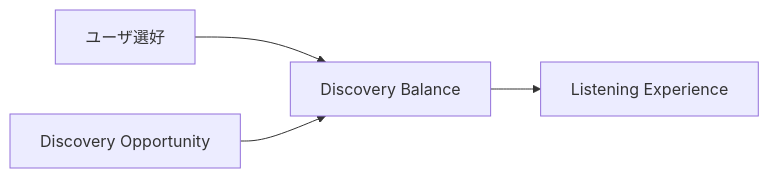
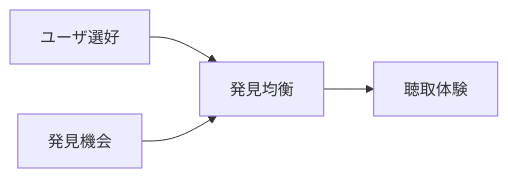
Before and after one commit to ShigeichiroYamasaki/creator-first-platform: the second of 35 diagrams in docs/whitepaper/08-discovery-community.md, drawn with Mermaid. The commit also changed other lines of this file and 72 other files, not shown here.

````diff
--- a/docs/whitepaper/08-discovery-community.md
+++ b/docs/whitepaper/08-discovery-community.md
@@ -91,10 +91,10 @@
 ```mermaid
 flowchart LR
     PREF[ユーザ選好]
-    DISC[Discovery Opportunity]
+    DISC[発見機会]
 
-    PREF --> BALANCE[Discovery Balance]
+    PREF --> BALANCE[発見均衡]
     DISC --> BALANCE
 
-    BALANCE --> EXPERIENCE[Listening Experience]
+    BALANCE --> EXPERIENCE[聴取体験]
 ```
````
